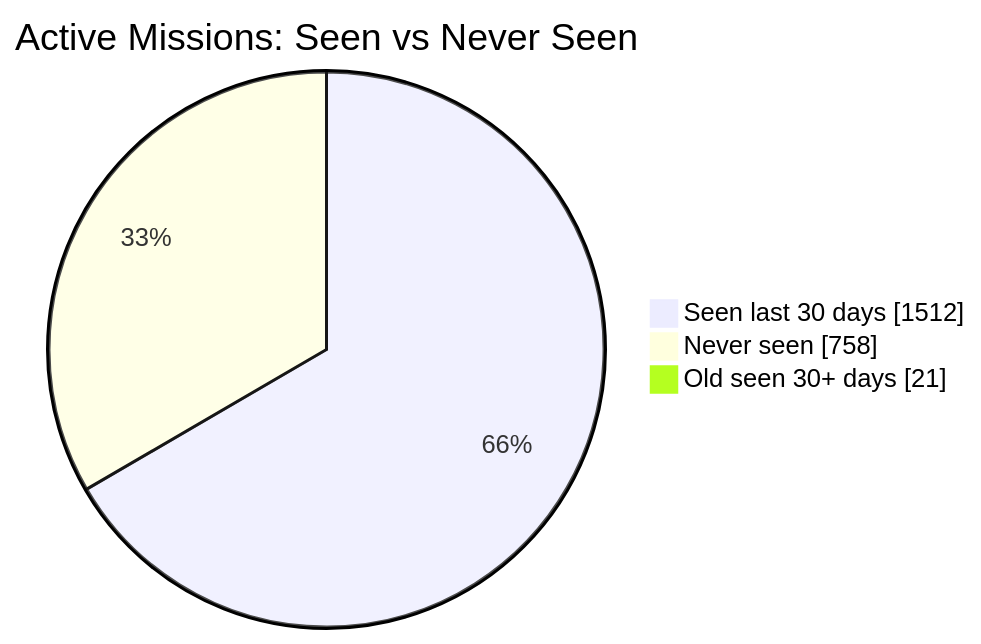
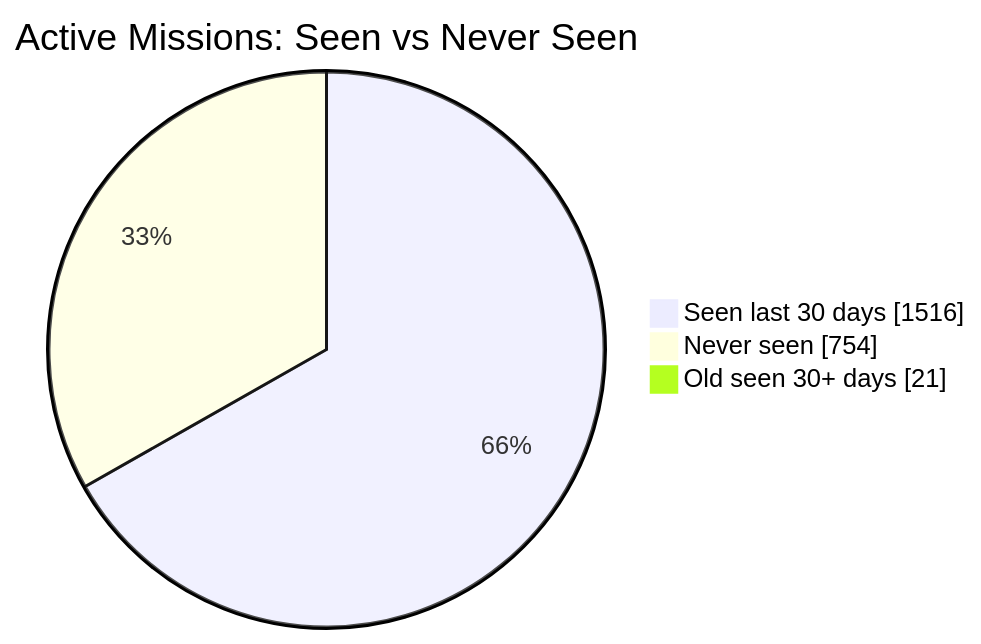
Before and after one commit to MeldkamerspelGameTeam/active-missions: the first of 2 diagrams in README.md, drawn with Mermaid. The commit also changed other lines of this file and 2 other files, not shown here.

````diff
--- a/README.md
+++ b/README.md
@@ -34,7 +34,7 @@
 ```mermaid
 pie showData
     title Active Missions: Seen vs Never Seen
-    "Seen last 30 days" : 1512
-    "Never seen" : 758
+    "Seen last 30 days" : 1516
+    "Never seen" : 754
     "Old seen 30+ days" : 21
 ```
````
